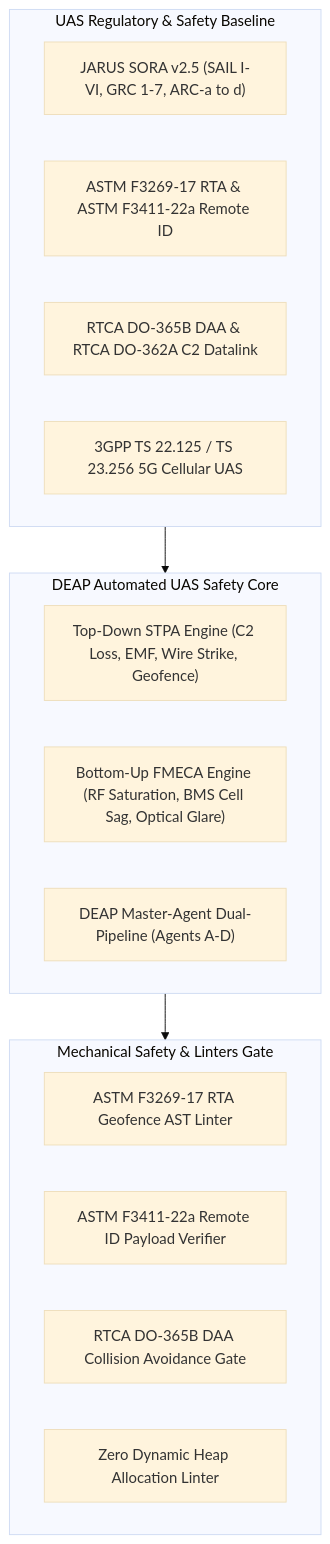
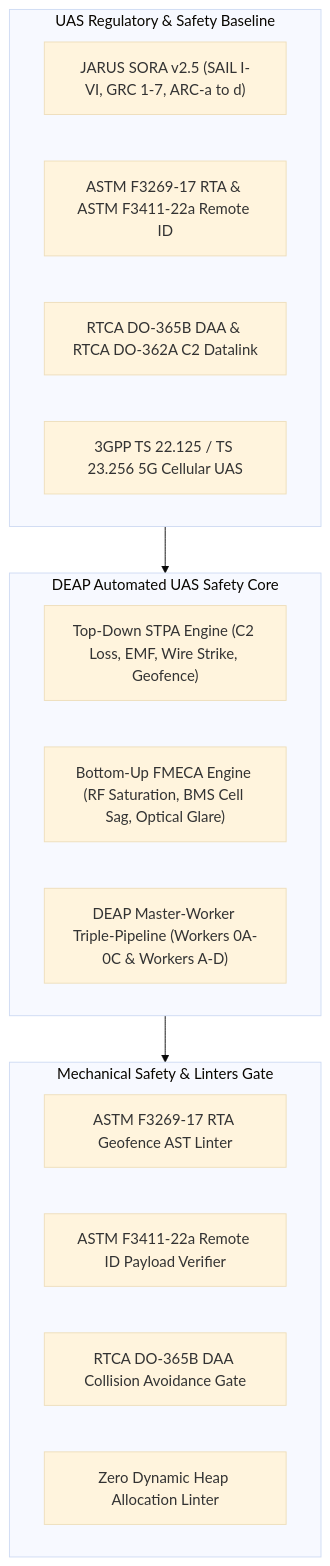
The first of 7 diagrams in docs/architecture/blueprints/DEAP_UAS_INFRASTRUCTURE_SAFETY_CONCEPT_PAPER.md (gintatkinson/DEAP-avionic-flight-safety), drawn with Mermaid (base theme) before and after one commit. The commit also changed other lines of this file and 5 other files, not shown here.

Commit message:
fix(docs): remediate all stale dual-pipeline and worker references to Triple-Pipeline architecture

````diff
--- a/docs/architecture/blueprints/DEAP_UAS_INFRASTRUCTURE_SAFETY_CONCEPT_PAPER.md
+++ b/docs/architecture/blueprints/DEAP_UAS_INFRASTRUCTURE_SAFETY_CONCEPT_PAPER.md
@@ -22,25 +22,25 @@
 ```mermaid
 flowchart TD
     subgraph Regulatory ["UAS Regulatory & Safety Baseline"]
         R1["JARUS SORA v2.5 (SAIL I-VI, GRC 1-7, ARC-a to d)"]
         R2["ASTM F3269-17 RTA & ASTM F3411-22a Remote ID"]
         R3["RTCA DO-365B DAA & RTCA DO-362A C2 Datalink"]
         R4["3GPP TS 22.125 / TS 23.256 5G Cellular UAS"]
     end
 
     subgraph DEAP_Core ["DEAP Automated UAS Safety Core"]
         STPA_Engine["Top-Down STPA Engine (C2 Loss, EMF, Wire Strike, Geofence)"]
         FMECA_Engine["Bottom-Up FMECA Engine (RF Saturation, BMS Cell Sag, Optical Glare)"]
-        Dual_Pipe["DEAP Master-Agent Dual-Pipeline (Agents A-D)"]
+        Triple_Pipe["DEAP Master-Worker Triple-Pipeline (Workers 0A-0C & Workers A-D)"]
     end
 
     subgraph Verification ["Mechanical Safety & Linters Gate"]
         RTA_Gate["ASTM F3269-17 RTA Geofence AST Linter"]
         RID_Gate["ASTM F3411-22a Remote ID Payload Verifier"]
         DAA_Gate["RTCA DO-365B DAA Collision Avoidance Gate"]
         Heap_Gate["Zero Dynamic Heap Allocation Linter"]
     end
 
     Regulatory --> DEAP_Core
     DEAP_Core --> Verification
 ```
````
